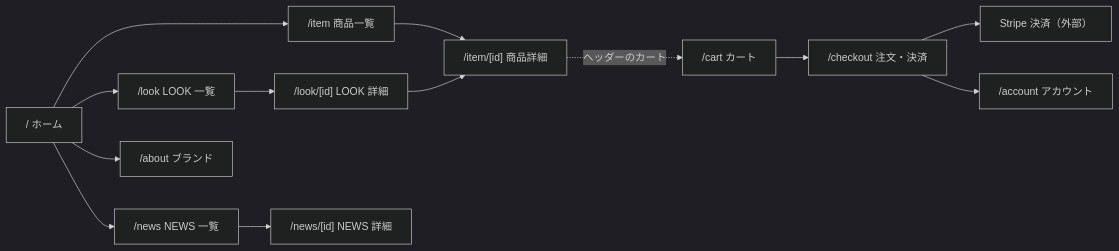
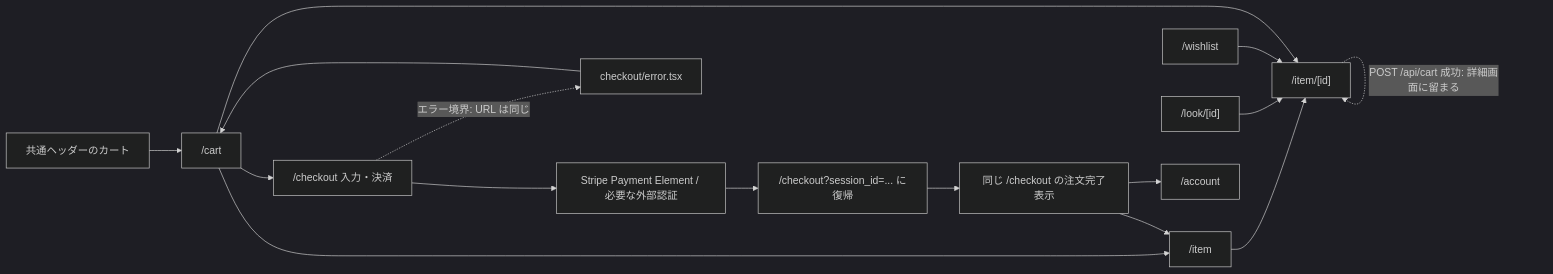
One commit to ChocoWork/o_official changed the second of 4 diagrams in docs/03_BasicDesign/ui/screen-flow.md. Above: the diagram before and after it, drawn with Mermaid (dark theme). The commit also changed other lines of this file and 1 other file, not shown here.

Commit message:
docs: 画面一覧と遷移図を現行実装に同期

````diff
--- a/docs/03_BasicDesign/ui/screen-flow.md
+++ b/docs/03_BasicDesign/ui/screen-flow.md
@@ -11,15 +61,18 @@
 ```mermaid
 flowchart LR
-    Home["/ ホーム"] --> Items["/item 商品一覧"]
-    Home --> Looks["/look LOOK 一覧"]
-    Home --> News["/news NEWS 一覧"]
-    Home --> About["/about ブランド"]
-    Items --> Item["/item/[id] 商品詳細"]
-    Looks --> Look["/look/[id] LOOK 詳細"]
-    Look --> Item
-    News --> Article["/news/[id] NEWS 詳細"]
-    Item -. ヘッダーのカート .-> Cart["/cart カート"]
-    Cart --> Checkout["/checkout 注文・決済"]
-    Checkout --> Stripe["Stripe 決済（外部）"]
-    Checkout --> Account["/account アカウント"]
+    ItemList["/item"] --> ItemDetail["/item/[id]"]
+    LookDetail["/look/[id]"] --> ItemDetail
+    Wishlist["/wishlist"] --> ItemDetail
+    ItemDetail -. "POST /api/cart 成功: 詳細画面に留まる" .-> ItemDetail
+    Header["共通ヘッダーのカート"] --> Cart["/cart"]
+    Cart --> ItemDetail
+    Cart --> ItemList
+    Cart --> Checkout["/checkout 入力・決済"]
+    Checkout --> Stripe["Stripe Payment Element / 必要な外部認証"]
+    Stripe --> Returned["/checkout?session_id=... に復帰"]
+    Returned --> Complete["同じ /checkout の注文完了表示"]
+    Complete --> Account["/account"]
+    Complete --> ItemList
+    Checkout -. "エラー境界: URL は同じ" .-> CheckoutError["checkout/error.tsx"]
+    CheckoutError --> Cart
 ```
````
